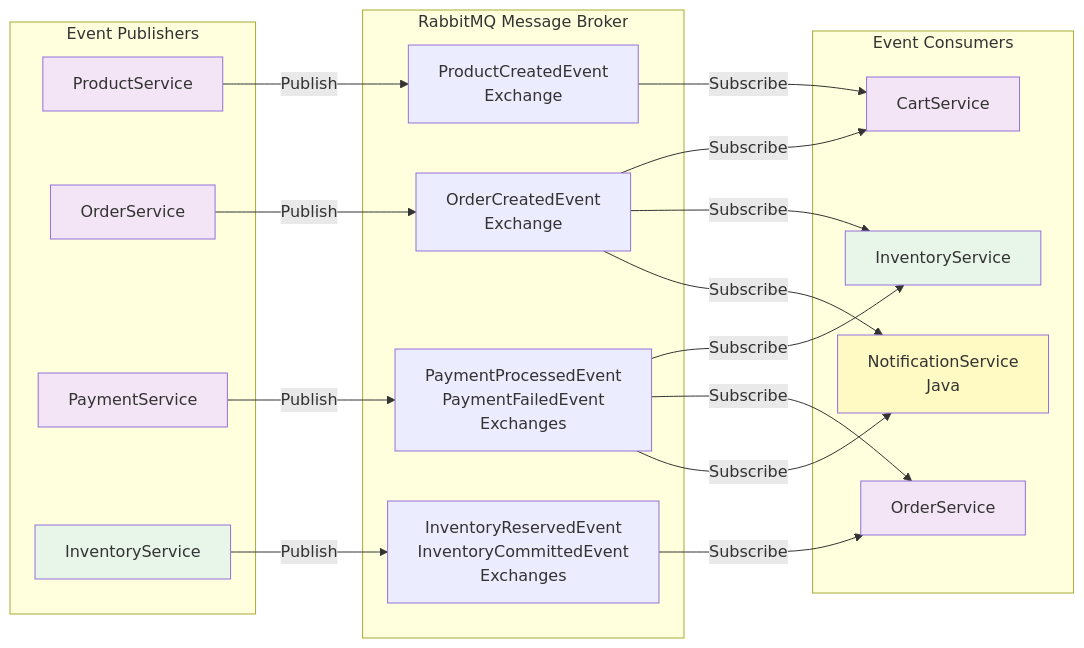
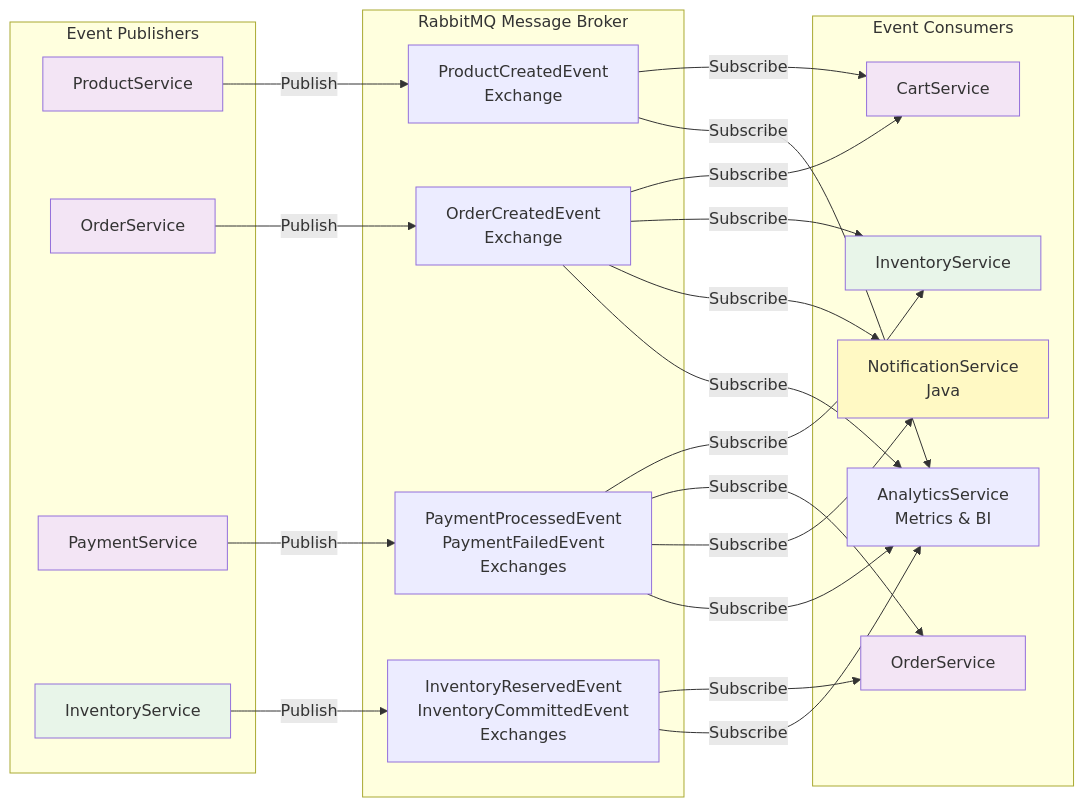
The sixth of 19 diagrams in docs/Architecture/Architecture-Diagrams.md (joriente/microservices), drawn with Mermaid before and after one commit. The commit also changed other lines of this file and 4 other files, not shown here.

````diff
--- a/docs/Architecture/Architecture-Diagrams.md
+++ b/docs/Architecture/Architecture-Diagrams.md
@@ -311,48 +323,53 @@
 ```mermaid
 flowchart LR
     subgraph "Event Publishers"
         PROD_PUB[ProductService]
         ORD_PUB[OrderService]
         PAY_PUB[PaymentService]
         INV_PUB[InventoryService]
     end
     
     subgraph "RabbitMQ Message Broker"
         PROD_EX[ProductCreatedEvent<br/>Exchange]
         ORD_EX[OrderCreatedEvent<br/>Exchange]
         PAY_EX[PaymentProcessedEvent<br/>PaymentFailedEvent<br/>Exchanges]
         INV_EX[InventoryReservedEvent<br/>InventoryCommittedEvent<br/>Exchanges]
     end
     
     subgraph "Event Consumers"
         CART_CON[CartService]
         ORD_CON[OrderService]
         INV_CON[InventoryService]
         NOT_CON[NotificationService<br/>Java]
+        ANAL_CON[AnalyticsService<br/>Metrics & BI]
     end
     
     PROD_PUB -->|Publish| PROD_EX
     ORD_PUB -->|Publish| ORD_EX
     PAY_PUB -->|Publish| PAY_EX
     INV_PUB -->|Publish| INV_EX
     
     PROD_EX -->|Subscribe| CART_CON
+    PROD_EX -->|Subscribe| ANAL_CON
     ORD_EX -->|Subscribe| CART_CON
     ORD_EX -->|Subscribe| INV_CON
     ORD_EX -->|Subscribe| NOT_CON
+    ORD_EX -->|Subscribe| ANAL_CON
     
     PAY_EX -->|Subscribe| INV_CON
     PAY_EX -->|Subscribe| ORD_CON
     PAY_EX -->|Subscribe| NOT_CON
+    PAY_EX -->|Subscribe| ANAL_CON
     
     INV_EX -->|Subscribe| ORD_CON
+    INV_EX -->|Subscribe| ANAL_CON
     
     style PROD_PUB fill:#f3e5f5
     style ORD_PUB fill:#f3e5f5
     style PAY_PUB fill:#f3e5f5
     style INV_PUB fill:#e8f5e9
     style NOT_CON fill:#fff9c4
     style CART_CON fill:#f3e5f5
     style ORD_CON fill:#f3e5f5
     style INV_CON fill:#e8f5e9
 ```
````
